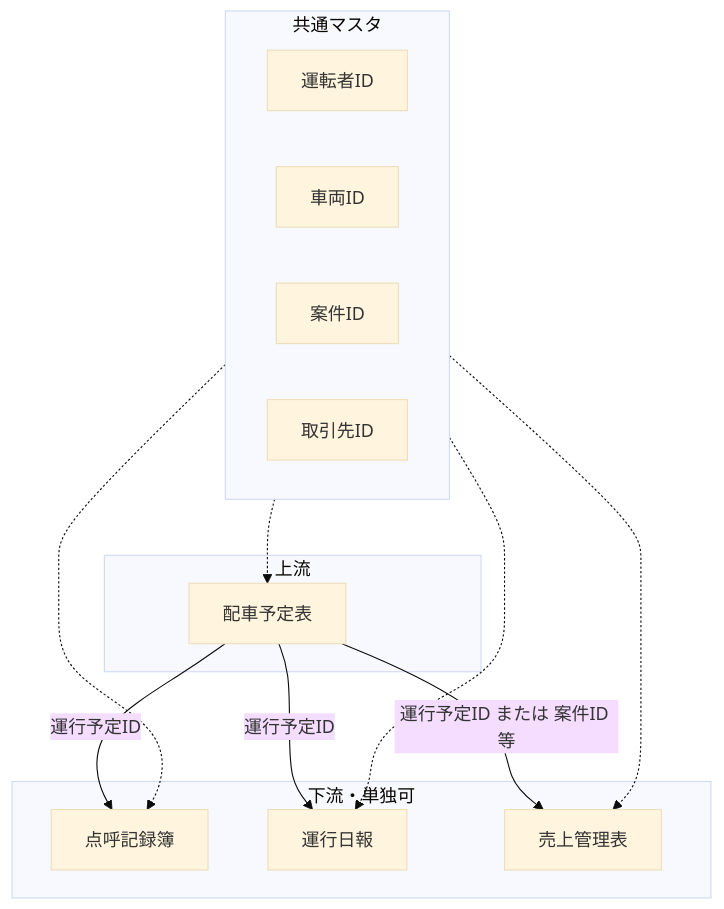
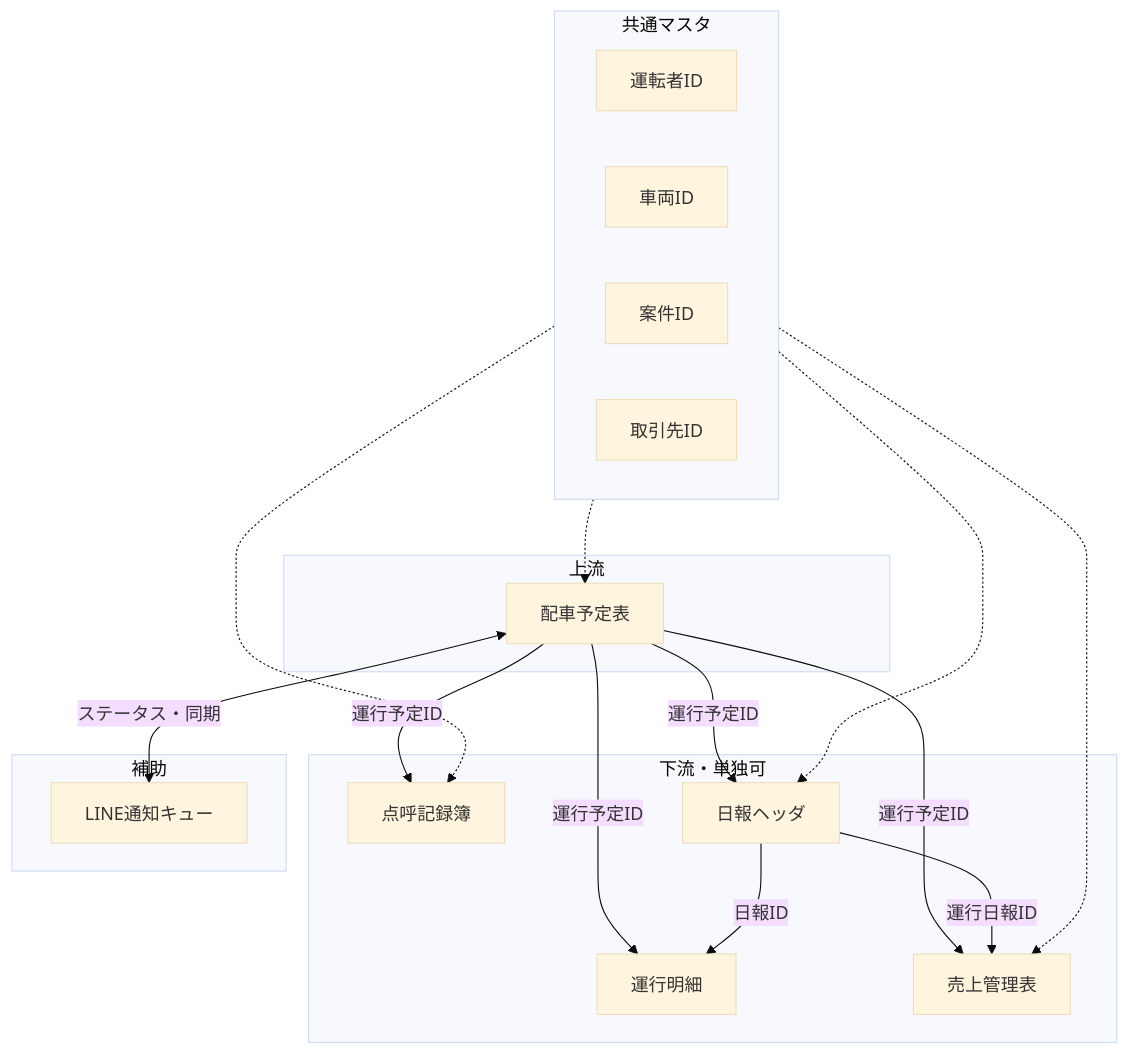
One commit to triggerworks04-bot/unsou-system-2 changed the diagram in docs/system_design.md. Above: the diagram before and after it, drawn with Mermaid (base theme). The commit also changed other lines of this file, not shown here.

````diff
--- a/docs/system_design.md
+++ b/docs/system_design.md
@@ -23,24 +25,32 @@
 ```mermaid
 flowchart TB
   subgraph masters [共通マスタ]
     D[運転者ID]
     V[車両ID]
     P[案件ID]
     C[取引先ID]
   end
   subgraph upstream [上流]
     CAL[配車予定表]
   end
   subgraph downstream [下流・単独可]
     T[点呼記録簿]
-    DR[運行日報]
+    DRH[日報ヘッダ]
+    DRR[運行明細]
     S[売上管理表]
   end
+  subgraph aux [補助]
+    LNQ[LINE通知キュー]
+  end
   CAL -->|運行予定ID| T
-  CAL -->|運行予定ID| DR
-  CAL -->|運行予定ID または 案件ID 等| S
+  CAL -->|運行予定ID| DRH
+  CAL -->|運行予定ID| DRR
+  CAL -->|運行予定ID| S
+  DRH -->|日報ID| DRR
+  DRH -->|運行日報ID| S
+  CAL <-->|ステータス・同期| LNQ
   masters -.-> CAL
   masters -.-> T
-  masters -.-> DR
+  masters -.-> DRH
   masters -.-> S
 ```
````
